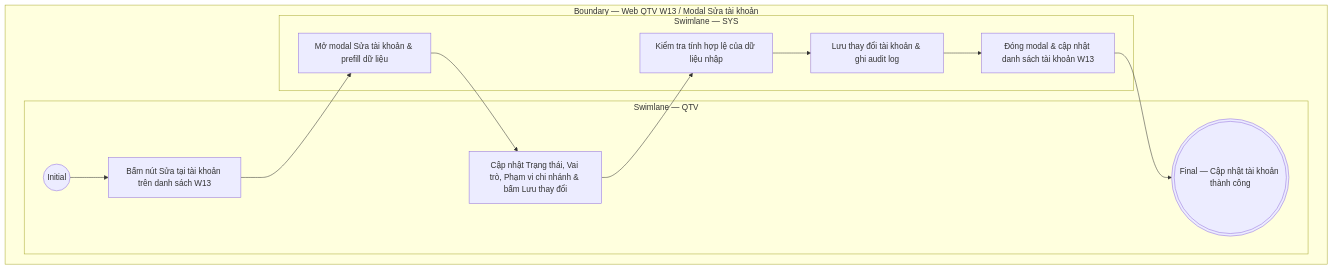
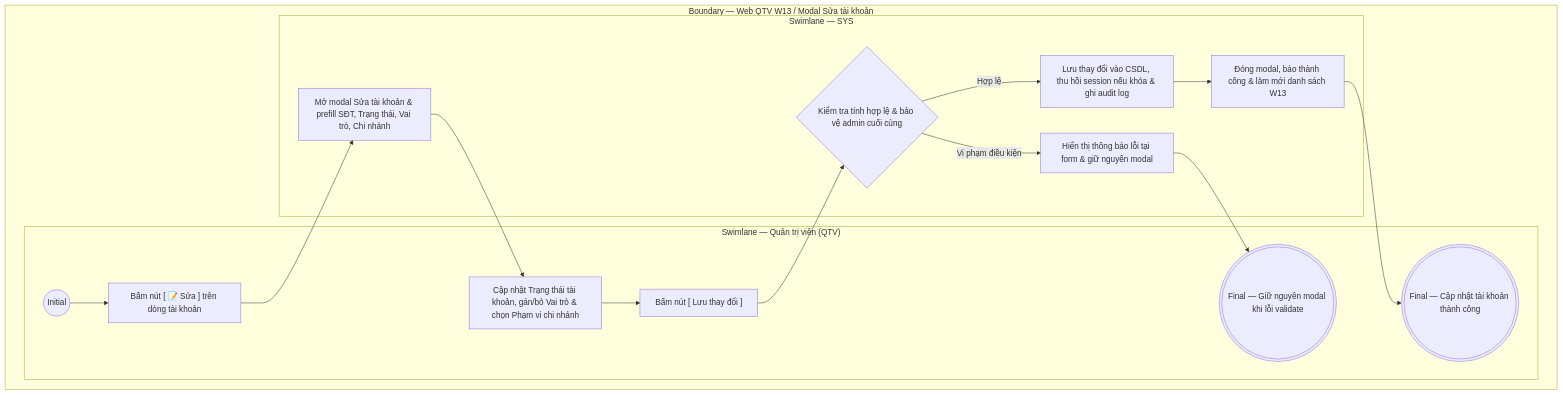
The diagram in docs/user-stories/qtv/QTV-W13-Tài khoản & phân quyền/QTV-W13-US02-Sửa tài khoản.md (ThachY-23120411/Paradise-Gym-v2), drawn with Mermaid before and after one commit. The commit also changed other lines of this file and 97 other files, not shown here.

````diff
--- a/docs/user-stories/qtv/QTV-W13-Tài khoản & phân quyền/QTV-W13-US02-Sửa tài khoản.md
+++ b/docs/user-stories/qtv/QTV-W13-Tài khoản & phân quyền/QTV-W13-US02-Sửa tài khoản.md
@@ -45,20 +54,29 @@
 ```mermaid
 flowchart TB
   subgraph B["Boundary — Web QTV W13 / Modal Sửa tài khoản"]
-    subgraph L0["Swimlane — QTV"]
+    subgraph L0["Swimlane — Quản trị viên (QTV)"]
       I01(("Initial"))
-      A01["Bấm nút Sửa tại tài khoản trên danh sách W13"]
-      A02["Cập nhật Trạng thái, Vai trò, Phạm vi chi nhánh & bấm Lưu thay đổi"]
+      A01["Bấm nút [ 📝 Sửa ] trên dòng tài khoản"]
+      A02["Cập nhật Trạng thái tài khoản, gán/bỏ Vai trò & chọn Phạm vi chi nhánh"]
+      A03["Bấm nút [ Lưu thay đổi ]"]
       F01((("Final — Cập nhật tài khoản thành công")))
+      F02((("Final — Giữ nguyên modal khi lỗi validate")))
+
       I01 --> A01
+      A02 --> A03
     end
+
     subgraph L1["Swimlane — SYS"]
-      S01["Mở modal Sửa tài khoản & prefill dữ liệu"]
-      S02["Kiểm tra tính hợp lệ của dữ liệu nhập"]
-      S03["Lưu thay đổi tài khoản & ghi audit log"]
-      S04["Đóng modal & cập nhật danh sách tài khoản W13"]
+      S01["Mở modal Sửa tài khoản & prefill SĐT, Trạng thái, Vai trò, Chi nhánh"]
+      S02{"Kiểm tra tính hợp lệ & bảo vệ admin cuối cùng"}
+      S03["Lưu thay đổi vào CSDL, thu hồi session nếu khóa & ghi audit log"]
+      S04["Đóng modal, báo thành công & làm mới danh sách W13"]
+      S05["Hiển thị thông báo lỗi tại form & giữ nguyên modal"]
 
-      A01 --> S01 --> A02 --> S02 --> S03 --> S04 --> F01
+      A01 --> S01 --> A02
+      A03 --> S02
+      S02 -->|Hợp lệ| S03 --> S04 --> F01
+      S02 -->|Vi phạm điều kiện| S05 --> F02
     end
   end
 ```
````
